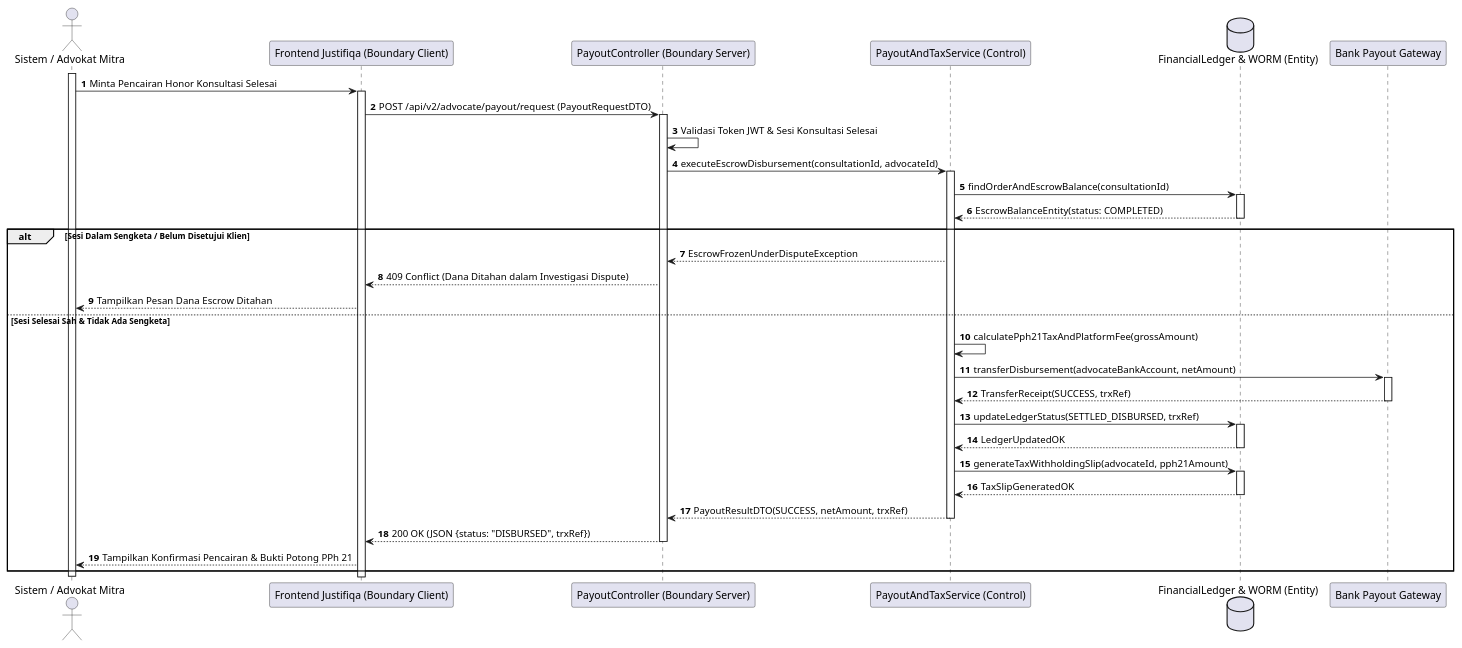
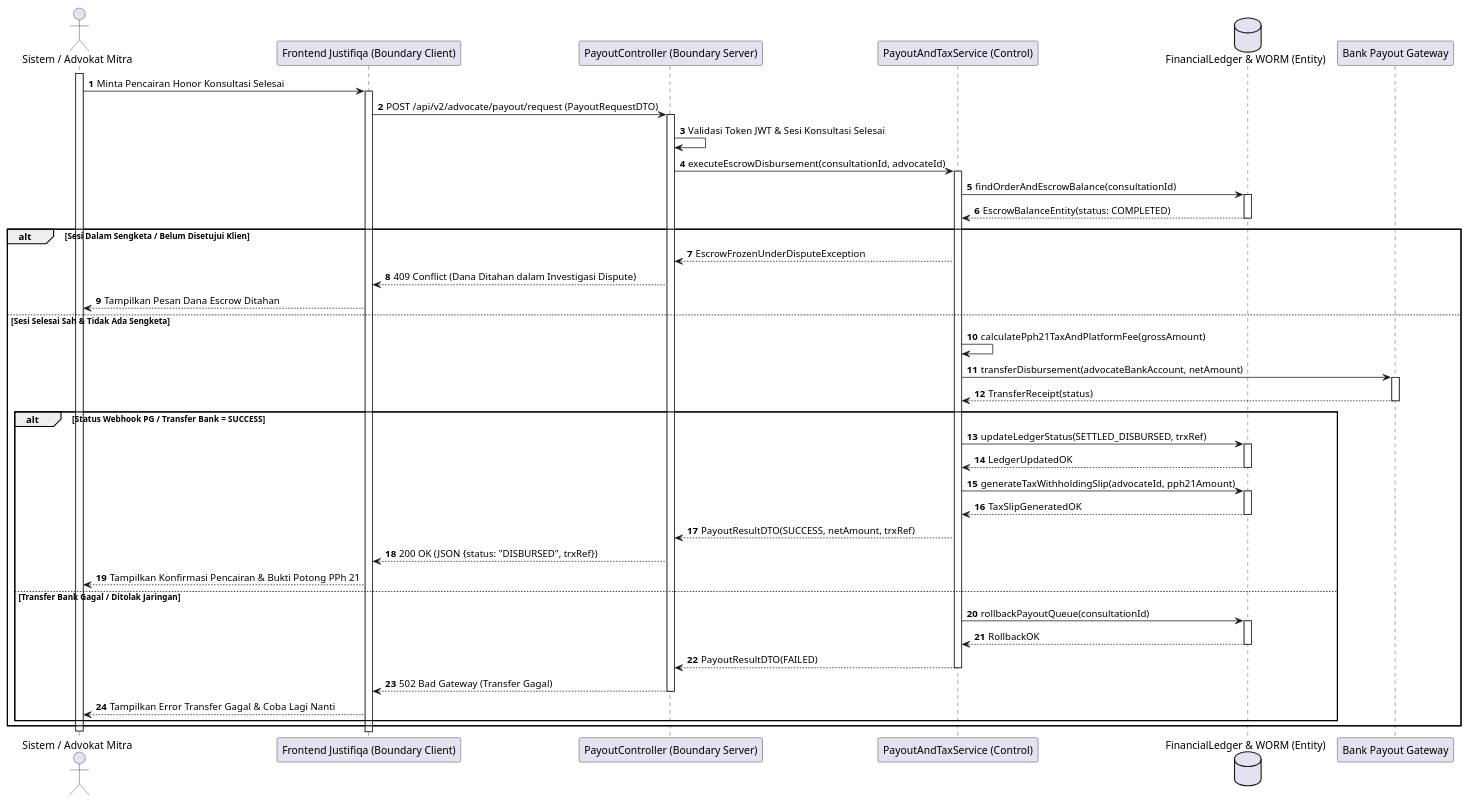
Before and after one commit to tupperwureism/SuperApp-Gagal: diagram 11 of 28 in MarkDown/plantuml_sequence_diagrams.md, drawn with PlantUML. The commit also changed other lines of this file and 1 other file, not shown here.

Commit message:
docs: Deep 1-to-1 logical synchronization across all 28 Sequence Diagrams with AD branches

````diff
--- a/MarkDown/plantuml_sequence_diagrams.md
+++ b/MarkDown/plantuml_sequence_diagrams.md
@@ -618,37 +695,46 @@
 ```plantuml
 @startuml
 autonumber
 actor "Sistem / Advokat Mitra" as User
 participant "Frontend Justifiqa (Boundary Client)" as B_FE
 participant "PayoutController (Boundary Server)" as B_BE
 participant "PayoutAndTaxService (Control)" as C_Svc
 database "FinancialLedger & WORM (Entity)" as E_DB
 participant "Bank Payout Gateway" as Bank
 
 activate User
 User -> B_FE ++ : Minta Pencairan Honor Konsultasi Selesai
 B_FE -> B_BE ++ : POST /api/v2/advocate/payout/request (PayoutRequestDTO)
 B_BE -> B_BE : Validasi Token JWT & Sesi Konsultasi Selesai
 B_BE -> C_Svc ++ : executeEscrowDisbursement(consultationId, advocateId)
 C_Svc -> E_DB ++ : findOrderAndEscrowBalance(consultationId)
 E_DB --> C_Svc -- : EscrowBalanceEntity(status: COMPLETED)
 
 alt Sesi Dalam Sengketa / Belum Disetujui Klien
     C_Svc --> B_BE : EscrowFrozenUnderDisputeException
     B_BE --> B_FE : 409 Conflict (Dana Ditahan dalam Investigasi Dispute)
     B_FE --> User : Tampilkan Pesan Dana Escrow Ditahan
 else Sesi Selesai Sah & Tidak Ada Sengketa
     C_Svc -> C_Svc : calculatePph21TaxAndPlatformFee(grossAmount)
     C_Svc -> Bank ++ : transferDisbursement(advocateBankAccount, netAmount)
-    Bank --> C_Svc -- : TransferReceipt(SUCCESS, trxRef)
-    C_Svc -> E_DB ++ : updateLedgerStatus(SETTLED_DISBURSED, trxRef)
-    E_DB --> C_Svc -- : LedgerUpdatedOK
-    C_Svc -> E_DB ++ : generateTaxWithholdingSlip(advocateId, pph21Amount)
-    E_DB --> C_Svc -- : TaxSlipGeneratedOK
-    C_Svc --> B_BE -- : PayoutResultDTO(SUCCESS, netAmount, trxRef)
-    B_BE --> B_FE -- : 200 OK (JSON {status: "DISBURSED", trxRef})
-    B_FE --> User : Tampilkan Konfirmasi Pencairan & Bukti Potong PPh 21
+    Bank --> C_Svc -- : TransferReceipt(status)
+
+    alt Status Webhook PG / Transfer Bank = SUCCESS
+        C_Svc -> E_DB ++ : updateLedgerStatus(SETTLED_DISBURSED, trxRef)
+        E_DB --> C_Svc -- : LedgerUpdatedOK
+        C_Svc -> E_DB ++ : generateTaxWithholdingSlip(advocateId, pph21Amount)
+        E_DB --> C_Svc -- : TaxSlipGeneratedOK
+        C_Svc --> B_BE : PayoutResultDTO(SUCCESS, netAmount, trxRef)
+        B_BE --> B_FE : 200 OK (JSON {status: "DISBURSED", trxRef})
+        B_FE --> User : Tampilkan Konfirmasi Pencairan & Bukti Potong PPh 21
+    else Transfer Bank Gagal / Ditolak Jaringan
+        C_Svc -> E_DB ++ : rollbackPayoutQueue(consultationId)
+        E_DB --> C_Svc -- : RollbackOK
+        C_Svc --> B_BE -- : PayoutResultDTO(FAILED)
+        B_BE --> B_FE -- : 502 Bad Gateway (Transfer Gagal)
+        B_FE --> User : Tampilkan Error Transfer Gagal & Coba Lagi Nanti
+    end
 end
 deactivate User
 @enduml
 ```
````
